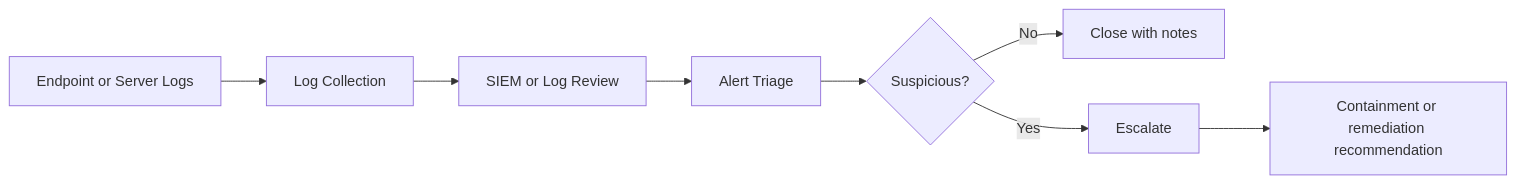
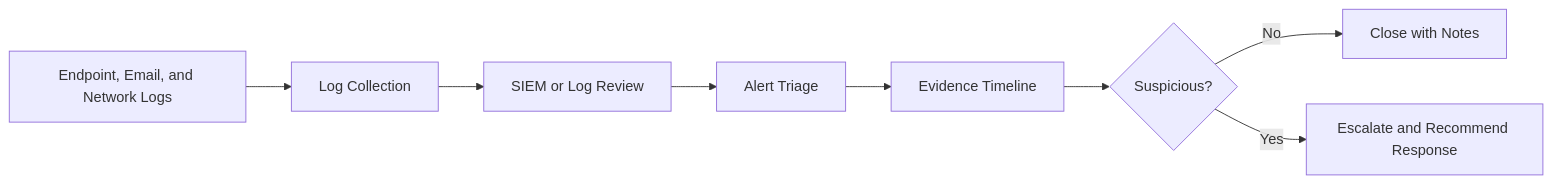
The diagram in labs/soc-home-lab/README.md (wilsonvs/cybersecurity-portfolio), drawn with Mermaid before and after one commit. The commit also changed other lines of this file, not shown here.

````diff
--- a/labs/soc-home-lab/README.md
+++ b/labs/soc-home-lab/README.md
@@ -9,10 +9,10 @@
 ```mermaid
 flowchart LR
-    A[Endpoint or Server Logs] --> B[Log Collection]
+    A[Endpoint, Email, and Network Logs] --> B[Log Collection]
     B --> C[SIEM or Log Review]
     C --> D[Alert Triage]
-    D --> E{Suspicious?}
-    E -->|No| F[Close with notes]
-    E -->|Yes| G[Escalate]
-    G --> H[Containment or remediation recommendation]
+    D --> E[Evidence Timeline]
+    E --> F{Suspicious?}
+    F -->|No| G[Close with Notes]
+    F -->|Yes| H[Escalate and Recommend Response]
 ```
````
